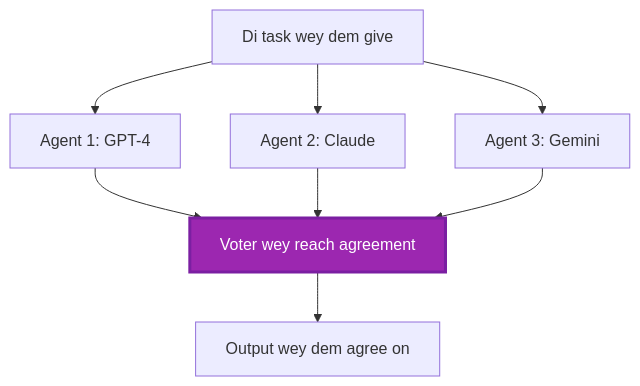
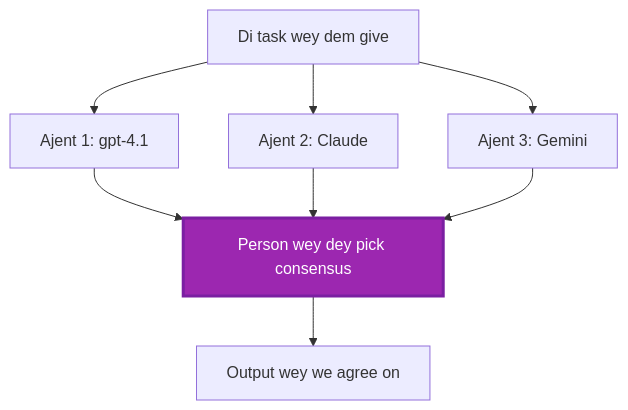
Before and after one commit to microsoft/AZD-for-beginners: the fifth of 6 diagrams in translations/pcm/docs/chapter-06-pre-deployment/coordination-patterns.md, drawn with Mermaid. The commit also changed other lines of this file and 101 other files, not shown here.

````diff
--- a/translations/pcm/docs/chapter-06-pre-deployment/coordination-patterns.md
+++ b/translations/pcm/docs/chapter-06-pre-deployment/coordination-patterns.md
@@ -231,19 +225,19 @@
 ```mermaid
 graph TB
     Input[Di task wey dem give]
-    Agent1[Agent 1: GPT-4]
-    Agent2[Agent 2: Claude]
-    Agent3[Agent 3: Gemini]
-    Voter[Voter wey reach agreement]
-    Output[Output wey dem agree on]
+    Agent1[Ajent 1: gpt-4.1]
+    Agent2[Ajent 2: Claude]
+    Agent3[Ajent 3: Gemini]
+    Voter[Person wey dey pick consensus]
+    Output[Output wey we agree on]
     
     Input --> Agent1
     Input --> Agent2
     Input --> Agent3
     Agent1 --> Voter
     Agent2 --> Voter
     Agent3 --> Voter
     Voter --> Output
     
     style Voter fill:#9C27B0,stroke:#7B1FA2,stroke-width:3px,color:#fff
 ```
````
